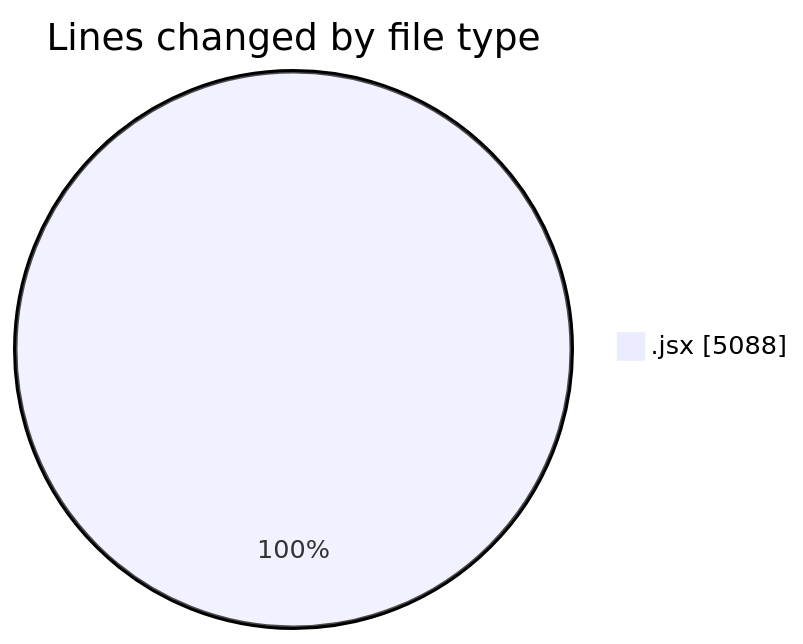
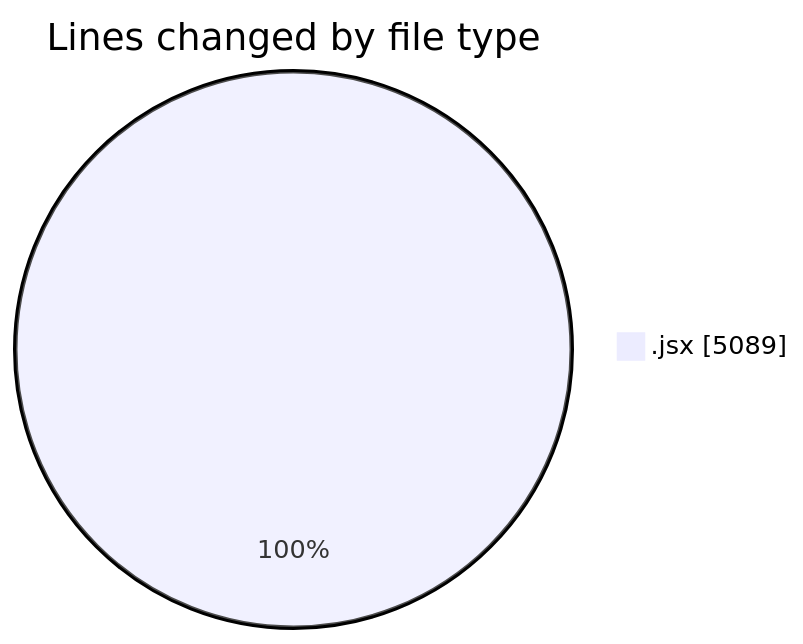
The first of 2 diagrams in 2025-07-08/argos/README.md (nxtqubesakshisongat/code-tracking), drawn with Mermaid before and after one commit. The commit also changed other lines of this file and 1 other file, not shown here.

````diff
--- a/2025-07-08/argos/README.md
+++ b/2025-07-08/argos/README.md
@@ -26,5 +26,5 @@
 ```mermaid
 pie showData
 title Lines changed by file type
-".jsx" : 5088
+".jsx" : 5089
 ```
````
